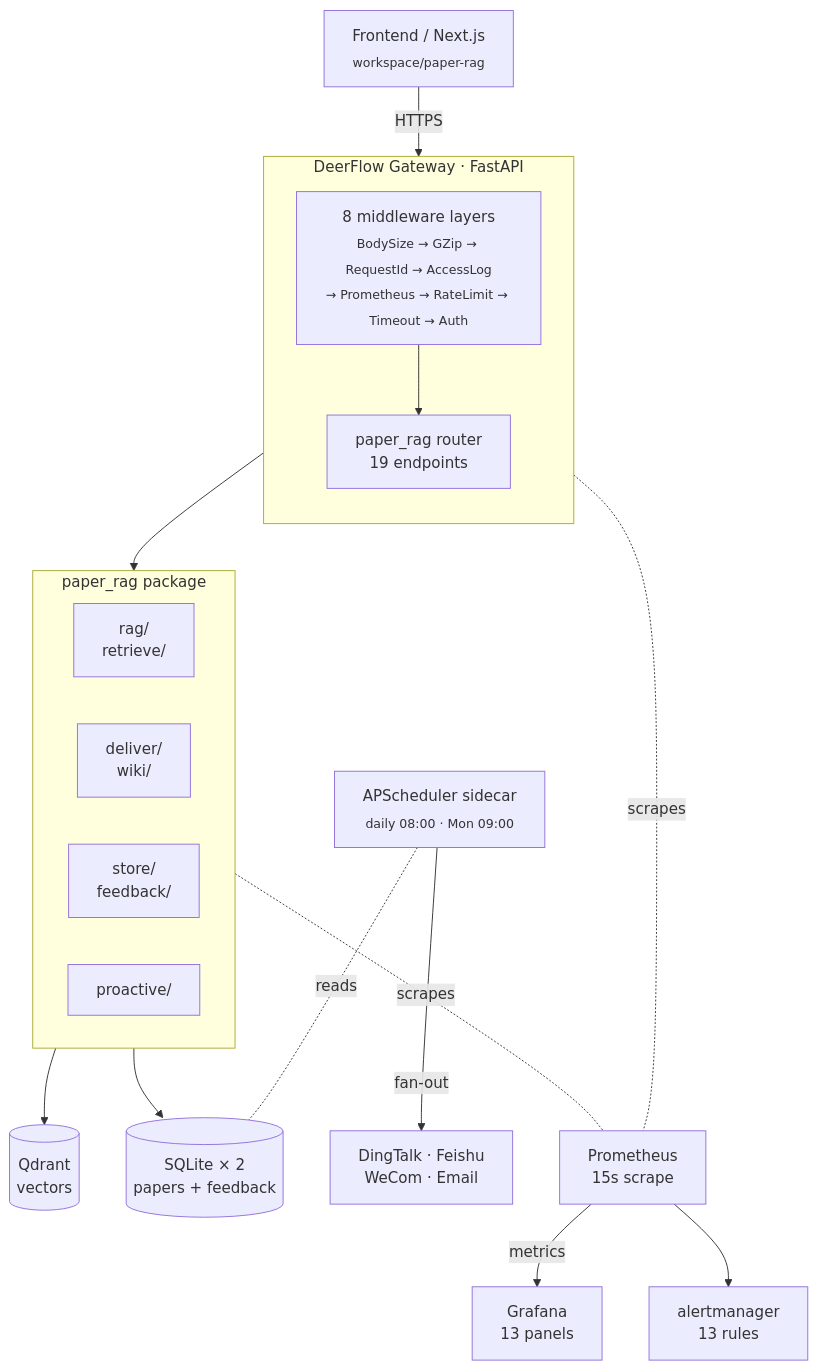
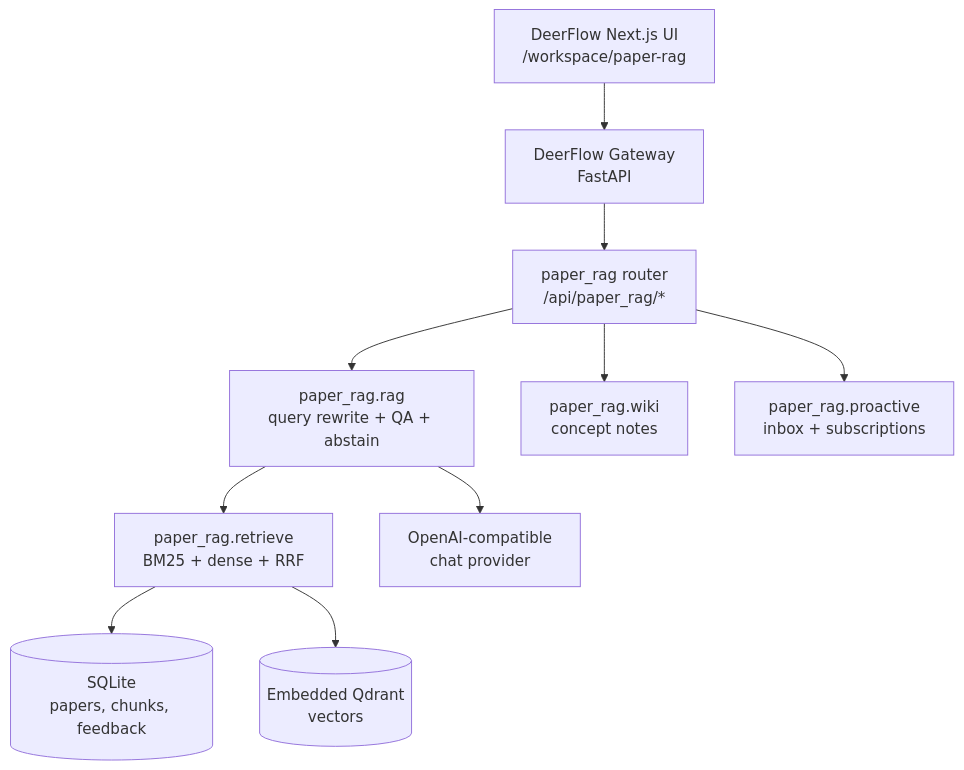
Before and after one commit to vve11/agentic_rag: the first of 2 diagrams in README.md, drawn with Mermaid. The commit also changed other lines of this file, not shown here.

````diff
--- a/README.md
+++ b/README.md
@@ -78,32 +251,12 @@
 ```mermaid
 flowchart TB
-    FE[Frontend / Next.js<br/><sub>workspace/paper-rag</sub>] -->|HTTPS| GW
-
-    subgraph GW [DeerFlow Gateway · FastAPI]
-        direction TB
-        MW[8 middleware layers<br/><sub>BodySize → GZip → RequestId → AccessLog<br/>→ Prometheus → RateLimit → Timeout → Auth</sub>]
-        ROUTER[paper_rag router<br/>19 endpoints]
-        MW --> ROUTER
-    end
-
-    GW --> PKG
-
-    subgraph PKG [paper_rag package]
-        direction LR
-        RAG[rag/<br/>retrieve/]
-        DEL[deliver/<br/>wiki/]
-        STORE[store/<br/>feedback/]
-        PROACT[proactive/]
-    end
-
-    PKG --> QDR[(Qdrant<br/>vectors)]
-    PKG --> SQL[(SQLite × 2<br/>papers + feedback)]
-
-    CRON[APScheduler sidecar<br/><sub>daily 08:00 · Mon 09:00</sub>] -->|fan-out| HOOKS[DingTalk · Feishu<br/>WeCom · Email]
-    CRON -.reads.- SQL
-
-    PROM[Prometheus<br/>15s scrape] -->|metrics| GRA[Grafana<br/>13 panels]
-    PROM --> AM[alertmanager<br/>13 rules]
-    GW -.scrapes.- PROM
-    PKG -.scrapes.- PROM
+    FE["DeerFlow Next.js UI<br/>/workspace/paper-rag"] --> GW["DeerFlow Gateway<br/>FastAPI"]
+    GW --> API["paper_rag router<br/>/api/paper_rag/*"]
+    API --> QA["paper_rag.rag<br/>query rewrite + QA + abstain"]
+    QA --> RET["paper_rag.retrieve<br/>BM25 + dense + RRF"]
+    RET --> SQL[("SQLite<br/>papers, chunks, feedback")]
+    RET --> QDR[("Embedded Qdrant<br/>vectors")]
+    API --> WIKI["paper_rag.wiki<br/>concept notes"]
+    API --> PRO["paper_rag.proactive<br/>inbox + subscriptions"]
+    QA --> LLM["OpenAI-compatible<br/>chat provider"]
 ```
````
